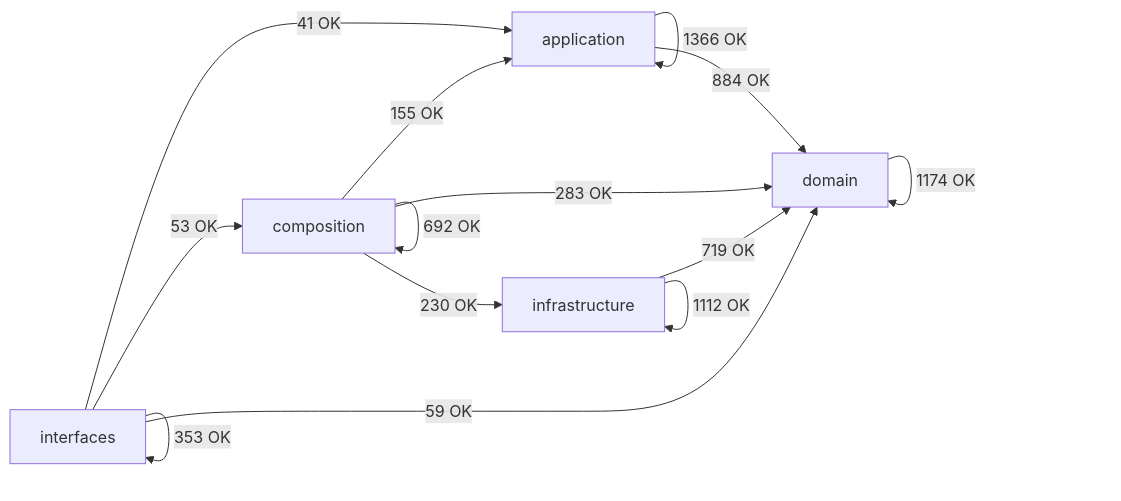
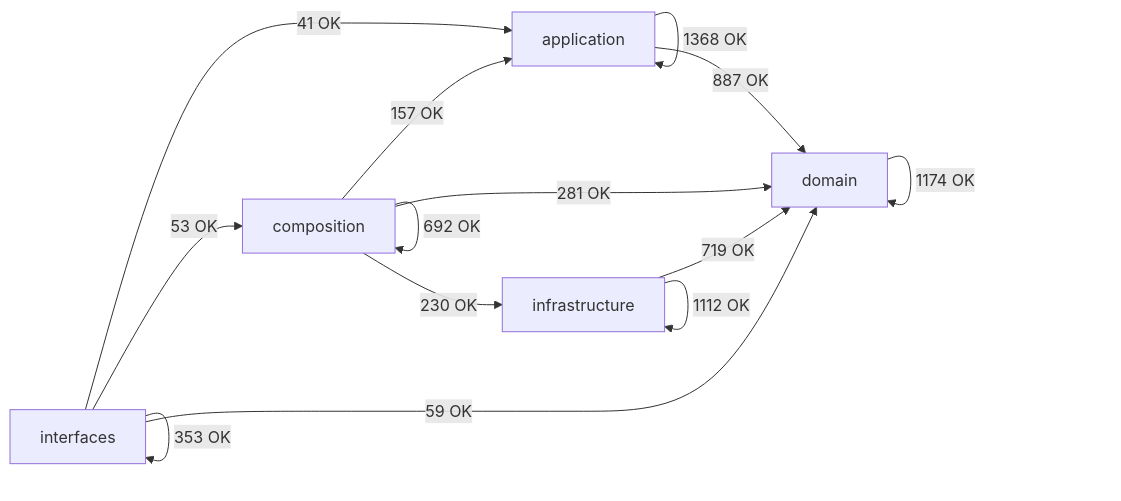
The diagram in docs/02-architecture/generated/module-dependency-map.md (SatoryKono/BioactivityDataAcquisition), drawn with Mermaid before and after one commit. The commit also changed other lines of this file and 29 other files, not shown here.

First line of the commit message:
fix(architecture): close ARCH-RES residual quality epic

````diff
--- a/docs/02-architecture/generated/module-dependency-map.md
+++ b/docs/02-architecture/generated/module-dependency-map.md
@@ -17,21 +17,21 @@
 ```mermaid
 flowchart LR
     domain[domain]
     application[application]
     infrastructure[infrastructure]
     composition[composition]
     interfaces[interfaces]
-    application -->|1366 OK| application
-    application -->|884 OK| domain
-    composition -->|155 OK| application
+    application -->|1368 OK| application
+    application -->|887 OK| domain
+    composition -->|157 OK| application
     composition -->|692 OK| composition
-    composition -->|283 OK| domain
+    composition -->|281 OK| domain
     composition -->|230 OK| infrastructure
     domain -->|1174 OK| domain
     infrastructure -->|719 OK| domain
     infrastructure -->|1112 OK| infrastructure
     interfaces -->|41 OK| application
     interfaces -->|53 OK| composition
     interfaces -->|59 OK| domain
     interfaces -->|353 OK| interfaces
 ```
````
